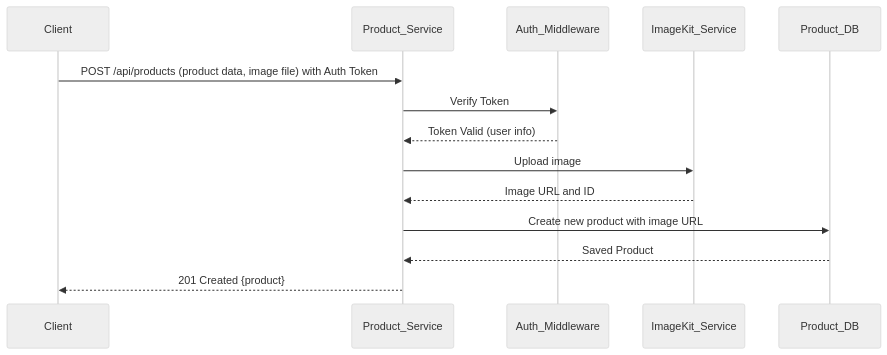
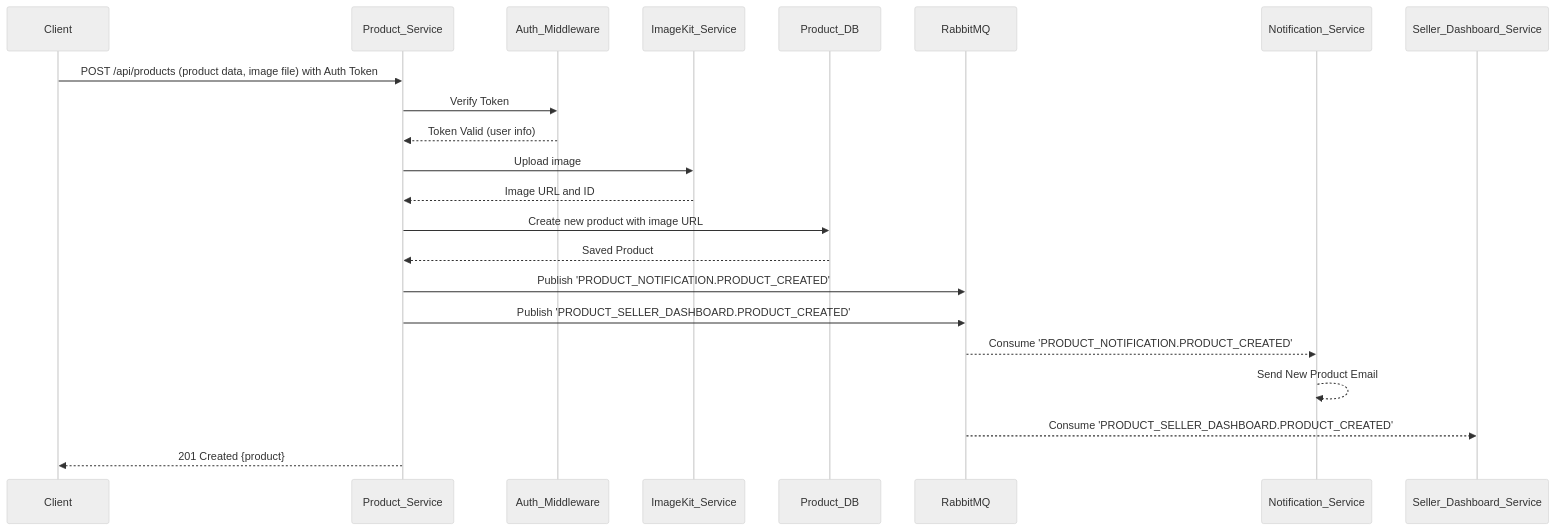
One commit to priyanshu-samal/microBazaar changed the third of 7 diagrams in README.md. Above: the diagram before and after it, drawn with Mermaid (neutral theme). The commit also changed other lines of this file, not shown here.

````diff
--- a/README.md
+++ b/README.md
@@ -153,20 +166,31 @@
 ```mermaid
 sequenceDiagram
     participant Client
     participant Product_Service
     participant Auth_Middleware
     participant ImageKit_Service
     participant Product_DB
+    participant RabbitMQ
+    participant Notification_Service
+    participant Seller_Dashboard_Service
 
     Client->>Product_Service: POST /api/products (product data, image file) with Auth Token
     Product_Service->>Auth_Middleware: Verify Token
     Auth_Middleware-->>Product_Service: Token Valid (user info)
 
     Product_Service->>ImageKit_Service: Upload image
     ImageKit_Service-->>Product_Service: Image URL and ID
 
     Product_Service->>Product_DB: Create new product with image URL
     Product_DB-->>Product_Service: Saved Product
 
+    Product_Service->>RabbitMQ: Publish 'PRODUCT_NOTIFICATION.PRODUCT_CREATED'
+    Product_Service->>RabbitMQ: Publish 'PRODUCT_SELLER_DASHBOARD.PRODUCT_CREATED'
+    
+    RabbitMQ-->>Notification_Service: Consume 'PRODUCT_NOTIFICATION.PRODUCT_CREATED'
+    Notification_Service-->>Notification_Service: Send New Product Email
+
+    RabbitMQ-->>Seller_Dashboard_Service: Consume 'PRODUCT_SELLER_DASHBOARD.PRODUCT_CREATED'
+
     Product_Service-->>Client: 201 Created {product}
 ```
````
